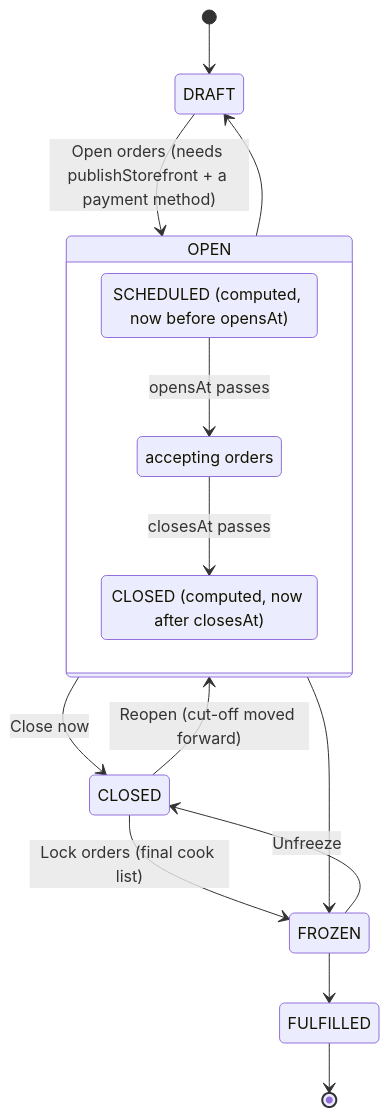
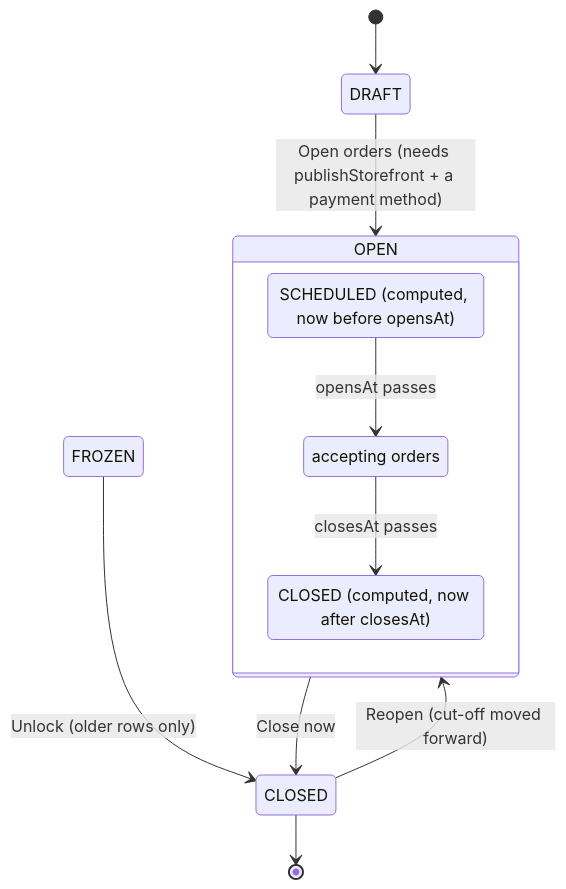
Before and after one commit to gengirish/awaazos: the ninth of 10 diagrams in ARCHITECTURE.md, drawn with Mermaid. The commit also changed other lines of this file and 14 other files, not shown here.

````diff
--- a/ARCHITECTURE.md
+++ b/ARCHITECTURE.md
@@ -737,21 +737,17 @@
 ```mermaid
 stateDiagram-v2
     [*] --> DRAFT
     DRAFT --> OPEN: Open orders (needs publishStorefront + a payment method)
-    OPEN --> DRAFT
     OPEN --> CLOSED: Close now
-    OPEN --> FROZEN
     CLOSED --> OPEN: Reopen (cut-off moved forward)
-    CLOSED --> FROZEN: Lock orders (final cook list)
-    FROZEN --> CLOSED: Unfreeze
-    FROZEN --> FULFILLED
-    FULFILLED --> [*]
+    FROZEN --> CLOSED: Unlock (older rows only)
+    CLOSED --> [*]
 
     state OPEN {
         SCHEDULED: SCHEDULED (computed, now before opensAt)
         ACCEPTING: accepting orders
         LAZY_CLOSED: CLOSED (computed, now after closesAt)
         SCHEDULED --> ACCEPTING: opensAt passes
         ACCEPTING --> LAZY_CLOSED: closesAt passes
     }
 ```
````
